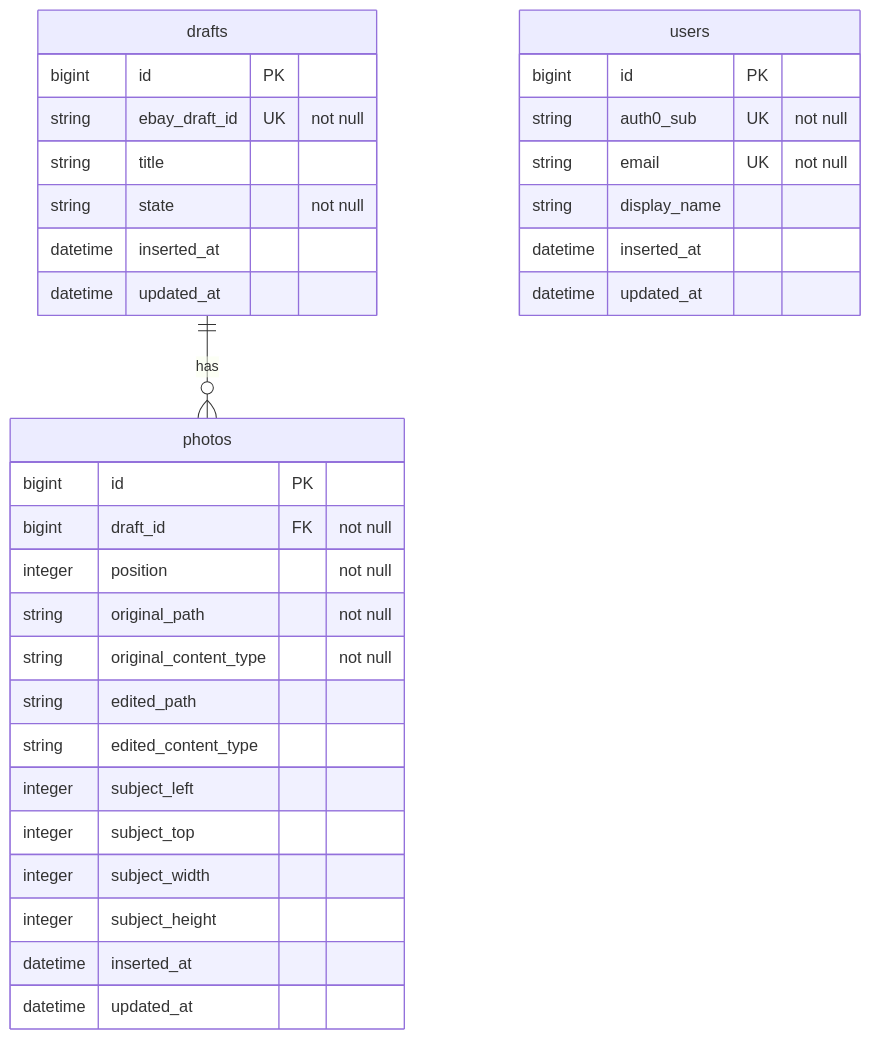
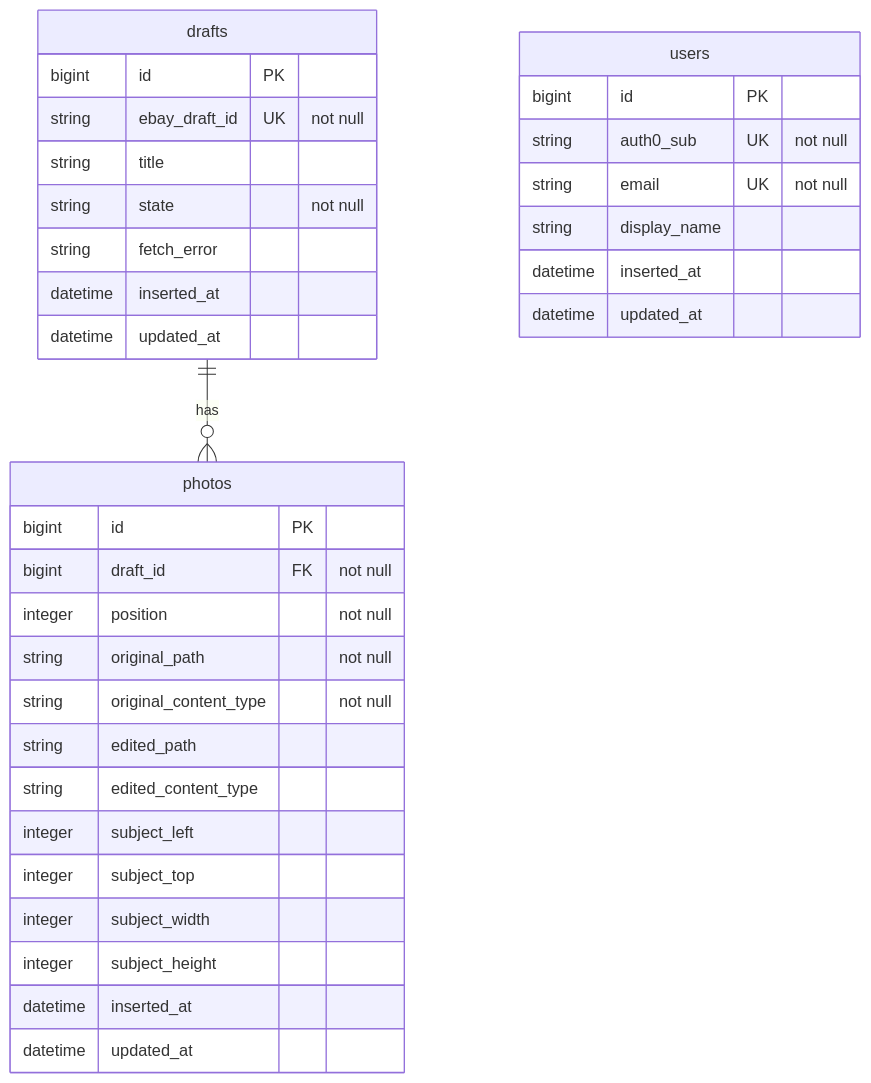
The diagram in docs/erd.md (dewetblomerus/flipper), drawn with Mermaid before and after one commit. The commit also changed other lines of this file and 25 other files, not shown here.

````diff
--- a/docs/erd.md
+++ b/docs/erd.md
@@ -7,38 +7,39 @@
 ```mermaid
 erDiagram
     drafts ||--o{ photos : has
 
     users {
         bigint id PK
         string auth0_sub UK "not null"
         string email UK "not null"
         string display_name
         datetime inserted_at
         datetime updated_at
     }
 
     drafts {
         bigint id PK
         string ebay_draft_id UK "not null"
         string title
         string state "not null"
+        string fetch_error
         datetime inserted_at
         datetime updated_at
     }
 
     photos {
         bigint id PK
         bigint draft_id FK "not null"
         integer position "not null"
         string original_path "not null"
         string original_content_type "not null"
         string edited_path
         string edited_content_type
         integer subject_left
         integer subject_top
         integer subject_width
         integer subject_height
         datetime inserted_at
         datetime updated_at
     }
 ```
````
